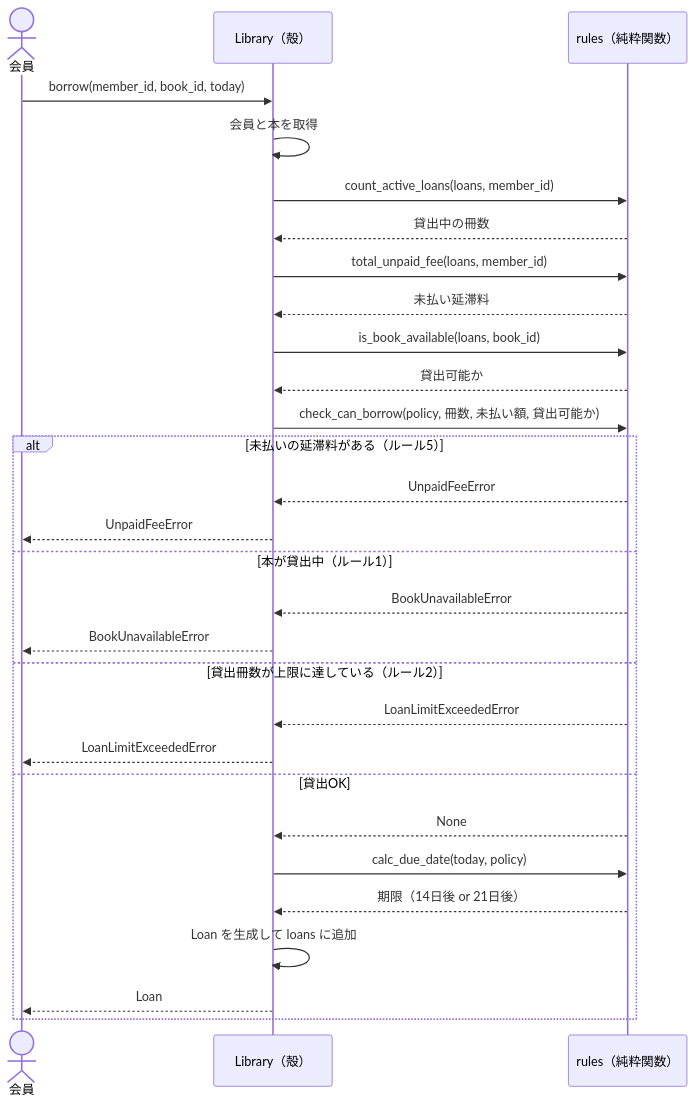
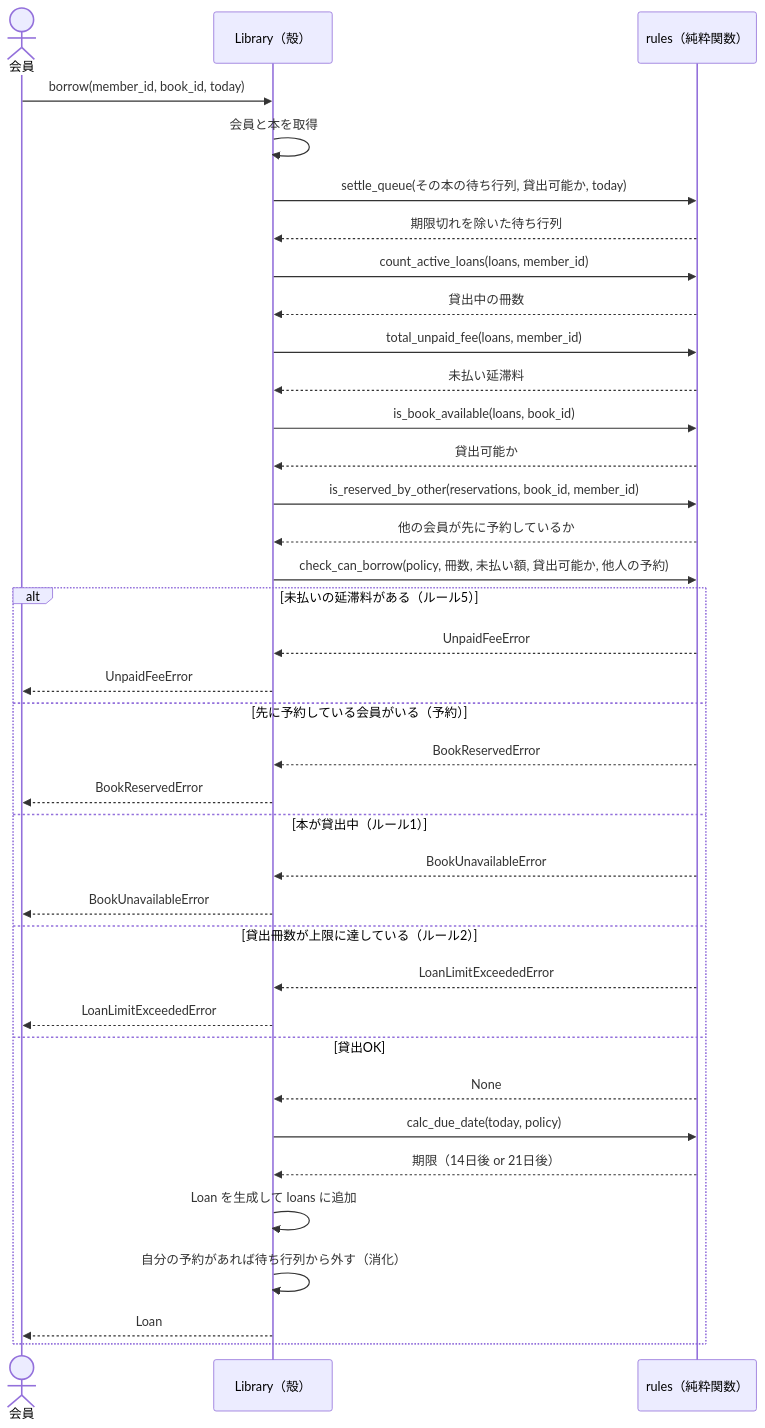
Before and after one commit to satoru-o/oop-learning-sandbox: the sixth of 8 diagrams in 04_mini_library_system/DESIGN.md, drawn with Mermaid. The commit also changed other lines of this file and 8 other files, not shown here.

````diff
--- a/04_mini_library_system/DESIGN.md
+++ b/04_mini_library_system/DESIGN.md
@@ -218,33 +281,41 @@
 ```mermaid
 sequenceDiagram
     actor 会員
     participant Lib as Library（殻）
     participant R as rules（純粋関数）
 
     会員->>Lib: borrow(member_id, book_id, today)
     Lib->>Lib: 会員と本を取得
+    Lib->>R: settle_queue(その本の待ち行列, 貸出可能か, today)
+    R-->>Lib: 期限切れを除いた待ち行列
     Lib->>R: count_active_loans(loans, member_id)
     R-->>Lib: 貸出中の冊数
     Lib->>R: total_unpaid_fee(loans, member_id)
     R-->>Lib: 未払い延滞料
     Lib->>R: is_book_available(loans, book_id)
     R-->>Lib: 貸出可能か
+    Lib->>R: is_reserved_by_other(reservations, book_id, member_id)
+    R-->>Lib: 他の会員が先に予約しているか
 
-    Lib->>R: check_can_borrow(policy, 冊数, 未払い額, 貸出可能か)
+    Lib->>R: check_can_borrow(policy, 冊数, 未払い額, 貸出可能か, 他人の予約)
     alt 未払いの延滞料がある（ルール5）
         R-->>Lib: UnpaidFeeError
         Lib-->>会員: UnpaidFeeError
+    else 先に予約している会員がいる（予約）
+        R-->>Lib: BookReservedError
+        Lib-->>会員: BookReservedError
     else 本が貸出中（ルール1）
         R-->>Lib: BookUnavailableError
         Lib-->>会員: BookUnavailableError
     else 貸出冊数が上限に達している（ルール2）
         R-->>Lib: LoanLimitExceededError
         Lib-->>会員: LoanLimitExceededError
     else 貸出OK
         R-->>Lib: None
         Lib->>R: calc_due_date(today, policy)
         R-->>Lib: 期限（14日後 or 21日後）
         Lib->>Lib: Loan を生成して loans に追加
+        Lib->>Lib: 自分の予約があれば待ち行列から外す（消化）
         Lib-->>会員: Loan
     end
 ```
````
